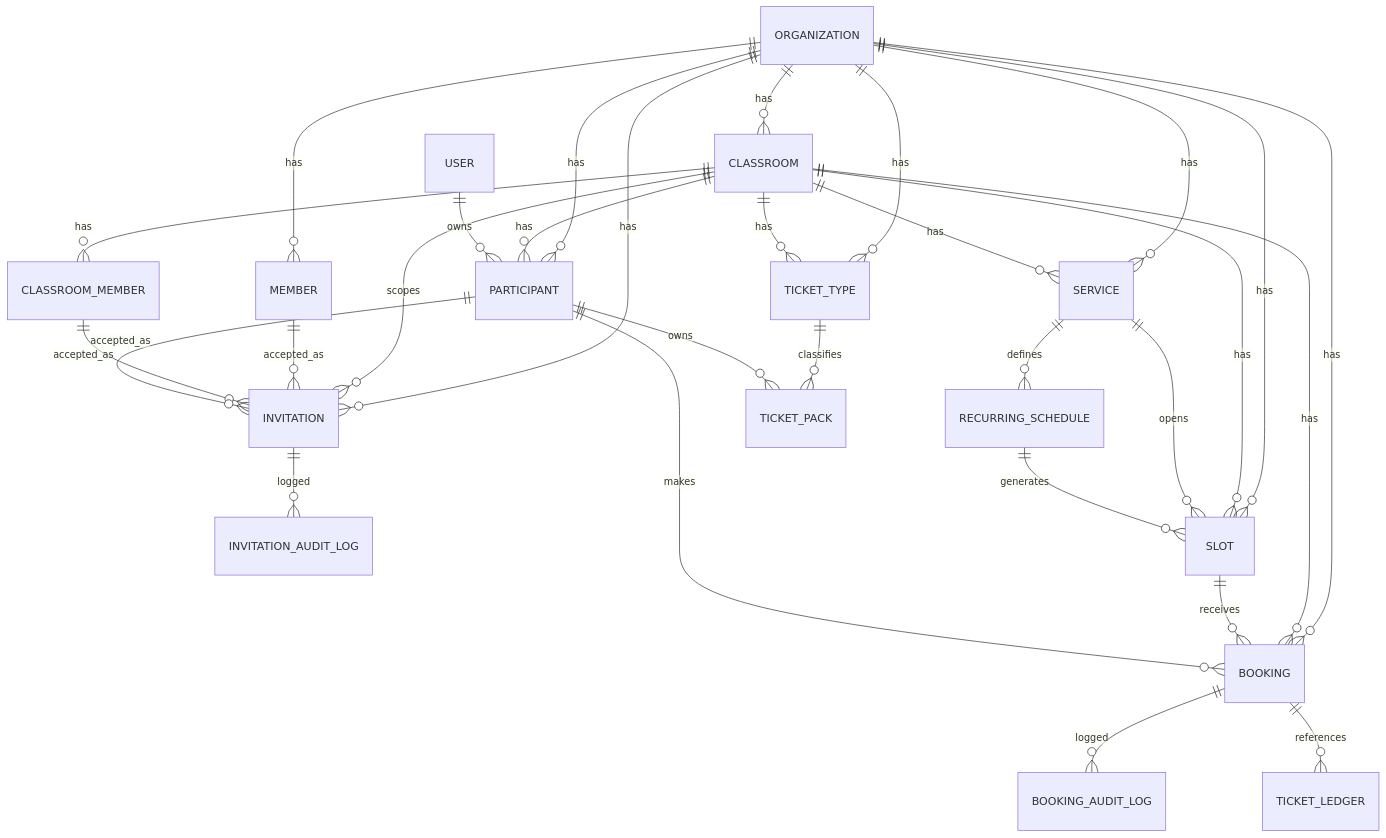
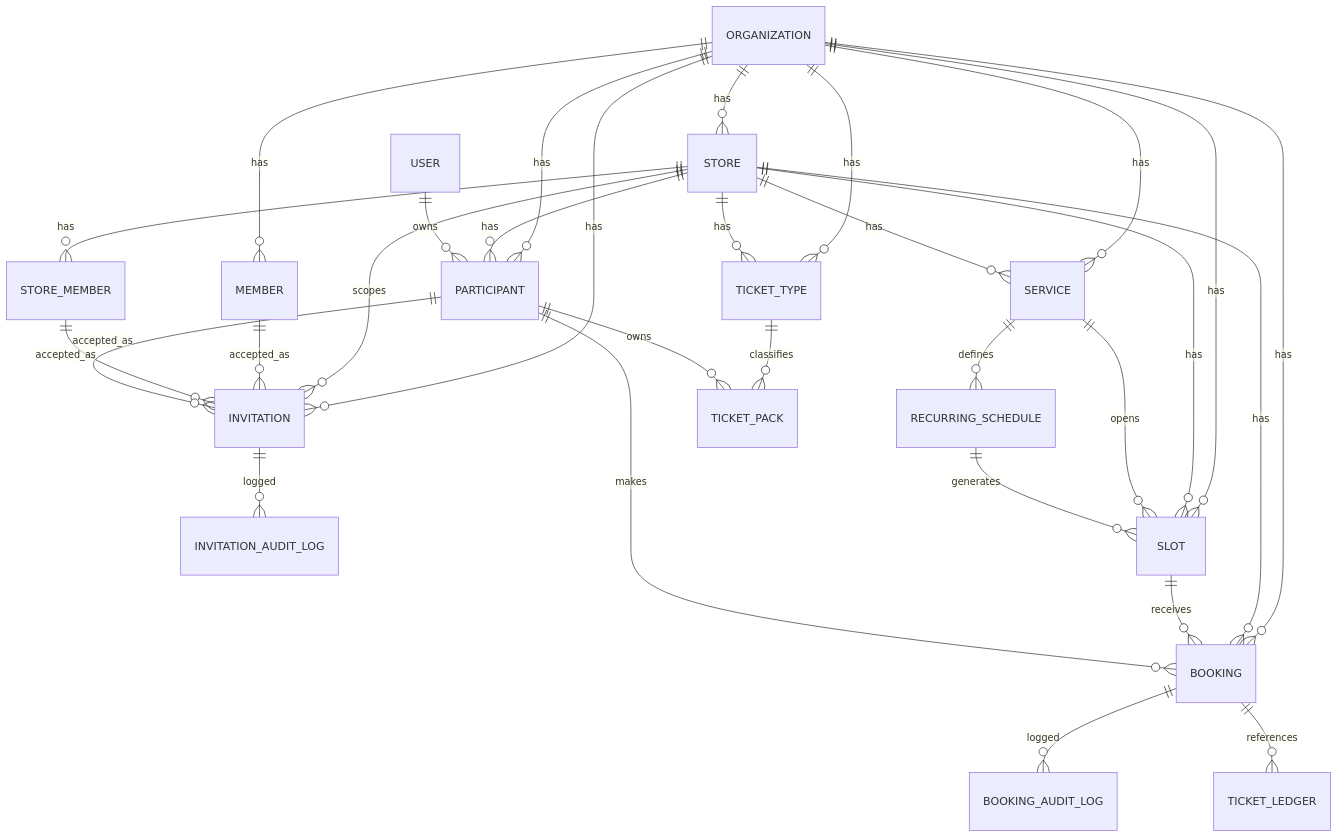
One commit to yuu19/reserve-app changed the diagram in docs/database-er.md. Above: the diagram before and after it, drawn with Mermaid. The commit also changed other lines of this file and 218 other files, not shown here.

````diff
--- a/docs/database-er.md
+++ b/docs/database-er.md
@@ -82,38 +82,38 @@
 ```mermaid
 erDiagram
-  ORGANIZATION ||--o{ CLASSROOM : has
+  ORGANIZATION ||--o{ STORE : has
   ORGANIZATION ||--o{ MEMBER : has
-  CLASSROOM ||--o{ CLASSROOM_MEMBER : has
+  STORE ||--o{ STORE_MEMBER : has
 
   ORGANIZATION ||--o{ PARTICIPANT : has
-  CLASSROOM ||--o{ PARTICIPANT : has
+  STORE ||--o{ PARTICIPANT : has
   USER ||--o{ PARTICIPANT : owns
 
   ORGANIZATION ||--o{ INVITATION : has
-  CLASSROOM ||--o{ INVITATION : scopes
+  STORE ||--o{ INVITATION : scopes
   MEMBER ||--o{ INVITATION : accepted_as
-  CLASSROOM_MEMBER ||--o{ INVITATION : accepted_as
+  STORE_MEMBER ||--o{ INVITATION : accepted_as
   PARTICIPANT ||--o{ INVITATION : accepted_as
   INVITATION ||--o{ INVITATION_AUDIT_LOG : logged
 
   ORGANIZATION ||--o{ SERVICE : has
-  CLASSROOM ||--o{ SERVICE : has
+  STORE ||--o{ SERVICE : has
   SERVICE ||--o{ RECURRING_SCHEDULE : defines
 
   ORGANIZATION ||--o{ SLOT : has
-  CLASSROOM ||--o{ SLOT : has
+  STORE ||--o{ SLOT : has
   SERVICE ||--o{ SLOT : opens
   RECURRING_SCHEDULE ||--o{ SLOT : generates
 
   ORGANIZATION ||--o{ BOOKING : has
-  CLASSROOM ||--o{ BOOKING : has
+  STORE ||--o{ BOOKING : has
   SLOT ||--o{ BOOKING : receives
   PARTICIPANT ||--o{ BOOKING : makes
   BOOKING ||--o{ BOOKING_AUDIT_LOG : logged
 
   ORGANIZATION ||--o{ TICKET_TYPE : has
-  CLASSROOM ||--o{ TICKET_TYPE : has
+  STORE ||--o{ TICKET_TYPE : has
   TICKET_TYPE ||--o{ TICKET_PACK : classifies
   PARTICIPANT ||--o{ TICKET_PACK : owns
   BOOKING ||--o{ TICKET_LEDGER : references
 ```
````
